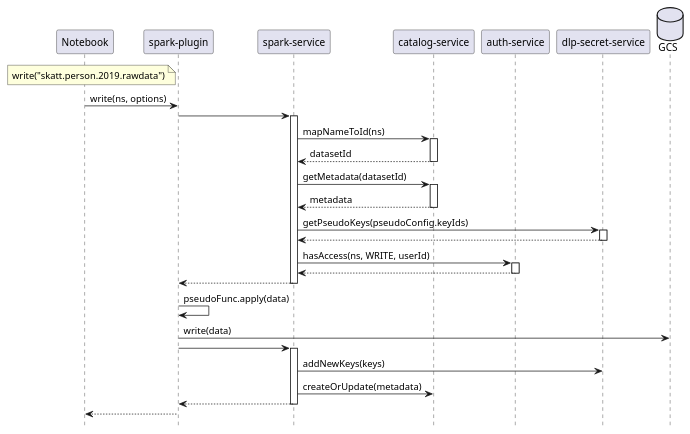
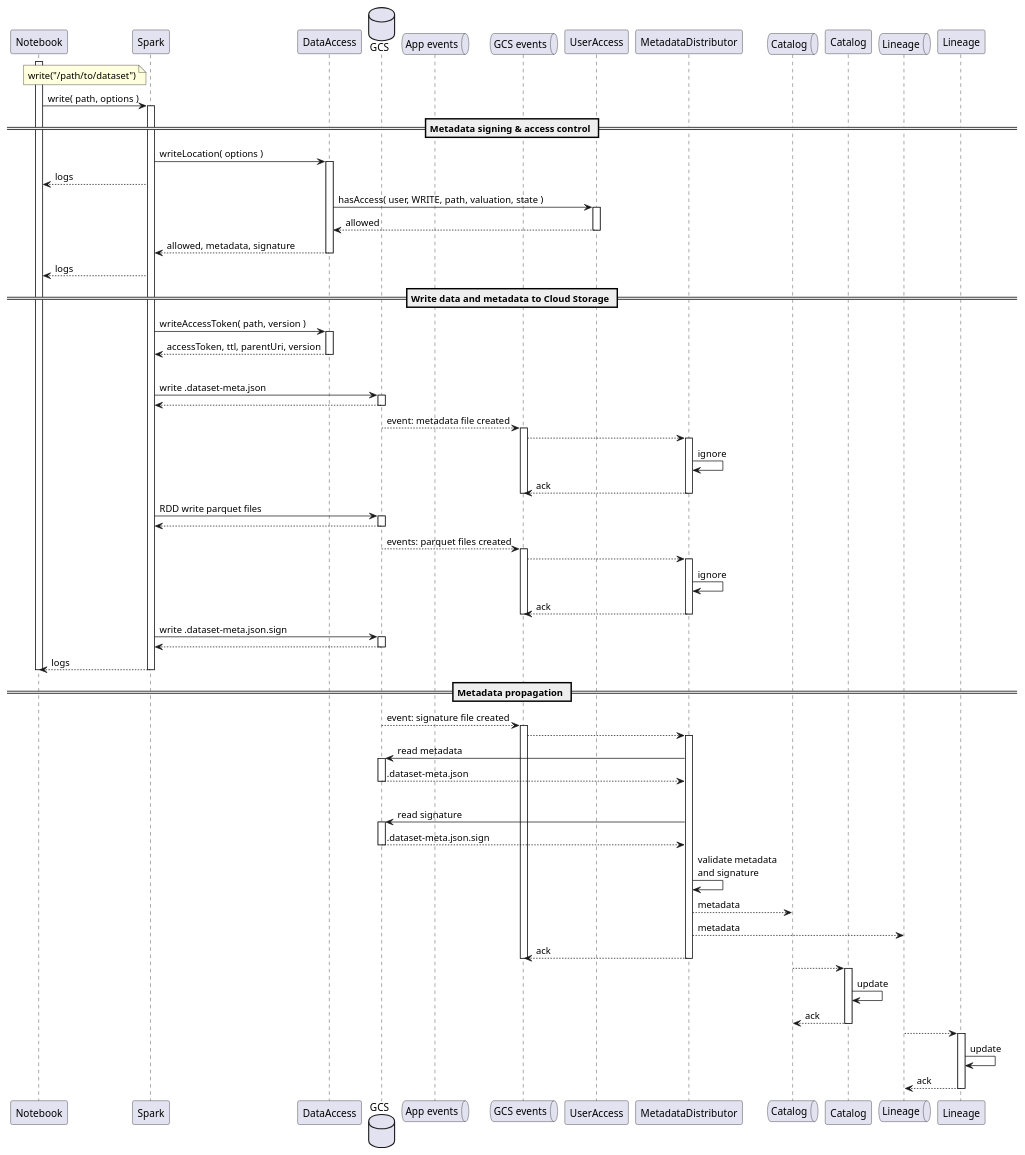
Before and after one commit to statisticsnorway/dapla-project: the diagram in doc/data-write-success.puml, drawn with PlantUML.

Commit message:
Updated data-write-success sequence diagram

```diff
--- a/doc/data-write-success.puml
+++ b/doc/data-write-success.puml
@@ -1,54 +1,86 @@
 @startuml
-hide footbox
 
 ' Participants
 
-participant "Notebook" as Notebook
-participant "spark-plugin" as SparkPlugin
-participant "spark-service" as SparkService
-participant "catalog-service" as CatalogService
-participant "auth-service" as AuthService
-participant "dlp-secret-service" as SecretService
-database "GCS" as GCS
+participant "Notebook" as notebook
+participant "Spark" as spark
+participant "DataAccess" as data_access
+database "GCS" as gcs
+queue "App events" as appQ
+queue "GCS events" as gcsQ
+participant "UserAccess" as user_access
+participant "MetadataDistributor" as distributor
+queue "Catalog" as catalogQ
+participant "Catalog" as catalog
+queue "Lineage" as lineageQ
+participant "Lineage" as lineage
 
-' Write (and pseudonymize) data
-note left of SparkPlugin
-    write("skatt.person.2019.rawdata")
+' Flow
+
+note left of spark
+    write("/path/to/dataset")
 end note
 
-Notebook->SparkPlugin: write(ns, options)
+activate notebook
+notebook->spark ++ : write( path, options )
 
-SparkPlugin->SparkService:
+== Metadata signing & access control ==
 
-activate SparkService
-SparkService->CatalogService: mapNameToId(ns)
-activate CatalogService
-CatalogService-->SparkService: datasetId
-deactivate CatalogService
-SparkService->CatalogService: getMetadata(datasetId)
-activate CatalogService
-CatalogService-->SparkService: metadata
-deactivate CatalogService
-SparkService->SecretService: getPseudoKeys(pseudoConfig.keyIds)
-activate SecretService
-SecretService-->SparkService:
-deactivate SecretService
-SparkService->AuthService: hasAccess(ns, WRITE, userId)
-activate AuthService
-AuthService-->SparkService:
-deactivate AuthService
-SparkService-->SparkPlugin
-deactivate SparkService
+spark->data_access ++ : writeLocation( options )
+spark-->notebook: logs
+data_access->user_access ++ : hasAccess( user, WRITE, path, valuation, state )
+return allowed
+return allowed, metadata, signature
+spark-->notebook: logs
 
-SparkPlugin->SparkPlugin: pseudoFunc.apply(data)
+== Write data and metadata to Cloud Storage ==
 
-SparkPlugin->GCS: write(data)
-SparkPlugin->SparkService:
-activate SparkService
-SparkService->SecretService: addNewKeys(keys)
-SparkService->CatalogService: createOrUpdate(metadata)
-SparkService-->SparkPlugin
-deactivate SparkService
-SparkPlugin-->Notebook
+spark->data_access ++ : writeAccessToken( path, version )
+return accessToken, ttl, parentUri, version
+|||
+spark->gcs ++ : write .dataset-meta.json
+return
+gcs-->gcsQ ++ : event: metadata file created
+gcsQ-->distributor ++
+distributor->distributor: ignore
+return ack
+deactivate gcsQ
+
+spark->gcs ++ : RDD write parquet files
+return
+
+gcs-->gcsQ ++ : events: parquet files created
+gcsQ-->distributor ++
+distributor->distributor: ignore
+return ack
+deactivate gcsQ
+
+spark->gcs ++ : write .dataset-meta.json.sign
+return
+return logs
+deactivate notebook
+
+== Metadata propagation ==
+
+gcs-->gcsQ ++ : event: signature file created
+gcsQ-->distributor ++
+distributor->gcs ++ : read metadata
+return .dataset-meta.json
+|||
+distributor->gcs ++ : read signature
+return .dataset-meta.json.sign
+distributor->distributor : validate metadata\nand signature
+distributor-->catalogQ: metadata
+distributor-->lineageQ: metadata
+return ack
+deactivate gcsQ
+
+catalogQ-->catalog ++
+catalog->catalog: update
+return ack
+
+lineageQ-->lineage ++
+lineage->lineage: update
+return ack
 
 @enduml
```
